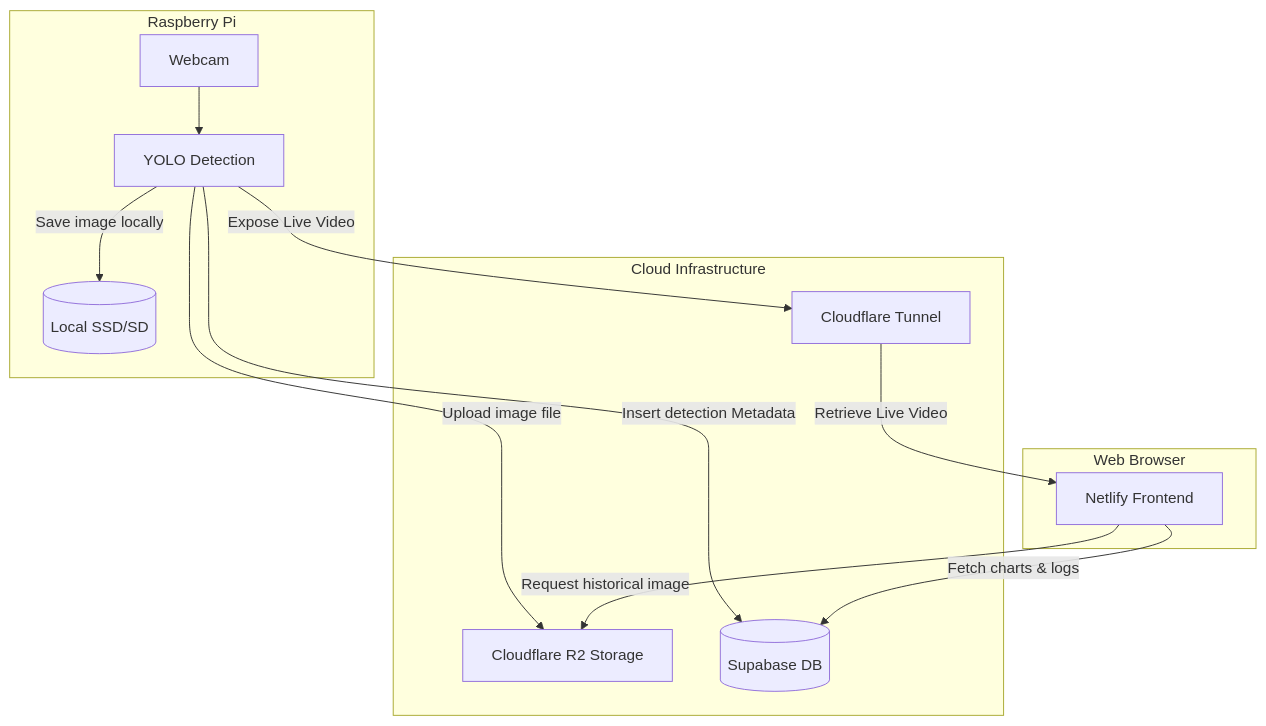
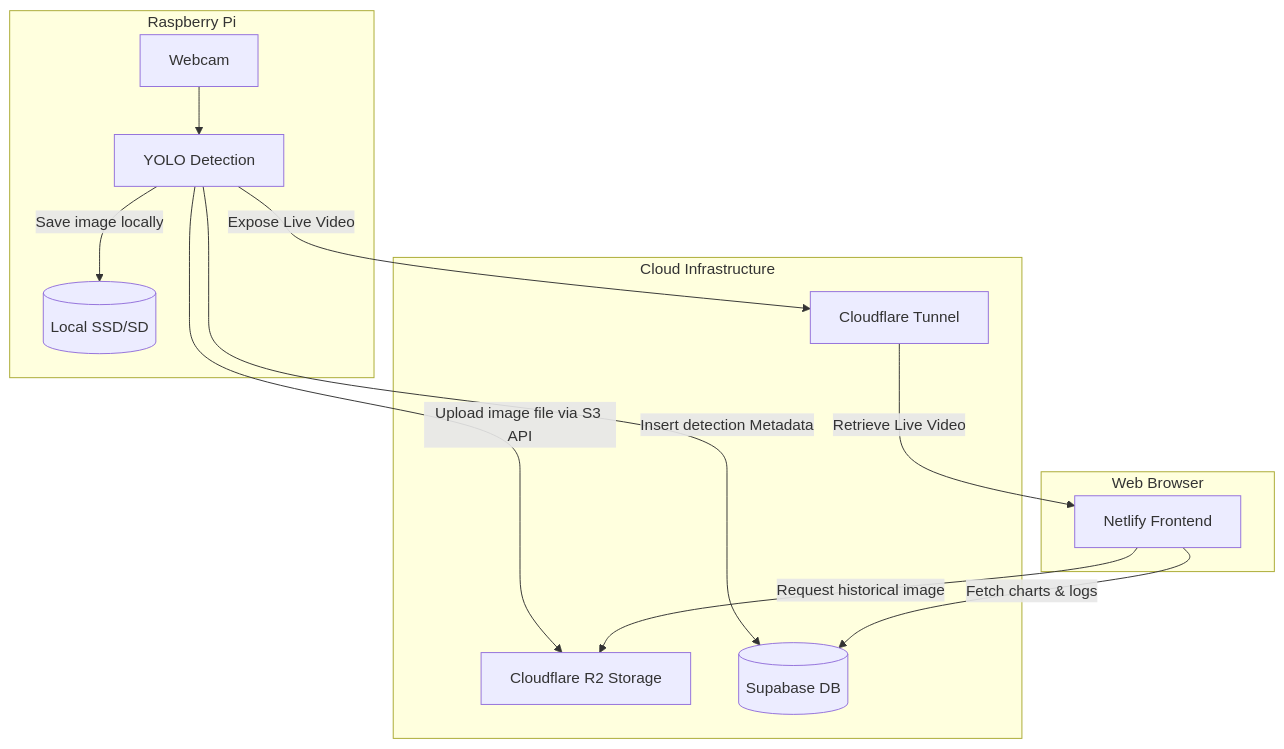
Before and after one commit to OGoodrum/Tomato-Dataset-Model: the diagram in Data Flow Architectural Diagram.md, drawn with Mermaid. The commit also changed 2 other files, not shown here.

Commit message:
Add navigation bar to the frontend

````diff
--- a/Data Flow Architectural Diagram.md
+++ b/Data Flow Architectural Diagram.md
@@ -3,26 +3,26 @@
 ```mermaid
 graph TD
     subgraph Edge ["Raspberry Pi"]
         Camera[Webcam] --> Inference["YOLO Detection"]
         LocalStorage[("Local SSD/SD")]
         Inference -->|Save image locally| LocalStorage
     end
 
     subgraph CloudServices ["Cloud Infrastructure"]
         CloudStorage["Cloudflare R2 Storage"]
         CloudBackend["Cloudflare Tunnel"]
         DB[("Supabase DB")]
     end
 
     subgraph User ["Web Browser"]
         Website["Netlify Frontend"]
     end
 
     %% Cross-subgraph connections
-    Inference -->|Upload image file| CloudStorage
+    Inference -->|Upload image file via S3 API| CloudStorage
     Inference -->|Expose Live Video| CloudBackend
     Inference -->|Insert detection Metadata| DB
     Website -->|Fetch charts & logs| DB
     Website -->|Request historical image| CloudStorage
     CloudBackend -->|Retrieve Live Video| Website
 ```
````
